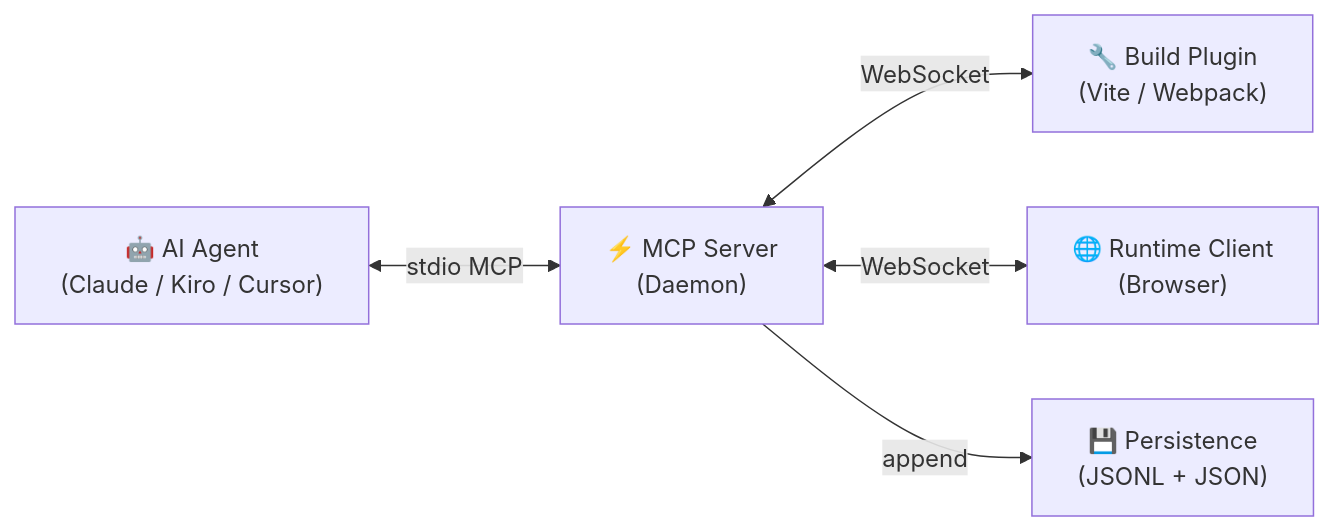
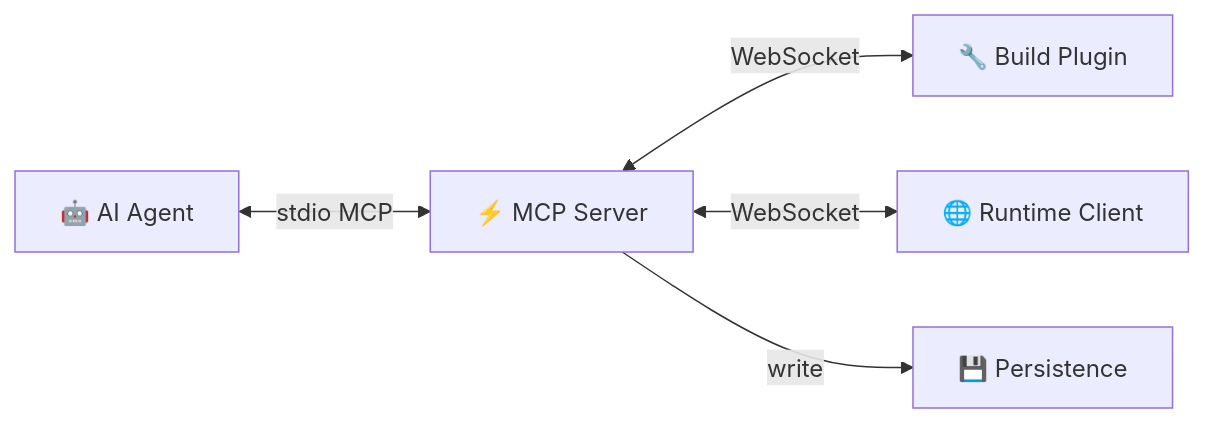
One commit to Morphicai/harness-fe changed the diagram in ARCHITECTURE.md. Above: the diagram before and after it, drawn with Mermaid. The commit also changed other lines of this file, not shown here.

Commit message:
docs: rewrite ARCHITECTURE.md — concise design direction, remove implementation details

````diff
--- a/ARCHITECTURE.md
+++ b/ARCHITECTURE.md
@@ -7,13 +7,13 @@
 ```mermaid
 graph LR
-    Agent["🤖 AI Agent<br/>(Claude / Kiro / Cursor)"]
-    MCP["⚡ MCP Server<br/>(Daemon)"]
-    Plugin["🔧 Build Plugin<br/>(Vite / Webpack)"]
-    Runtime["🌐 Runtime Client<br/>(Browser)"]
-    Store["💾 Persistence<br/>(JSONL + JSON)"]
+    Agent["🤖 AI Agent"]
+    MCP["⚡ MCP Server"]
+    Plugin["🔧 Build Plugin"]
+    Runtime["🌐 Runtime Client"]
+    Store["💾 Persistence"]
 
     Agent <-->|stdio MCP| MCP
     MCP <-->|WebSocket| Plugin
     MCP <-->|WebSocket| Runtime
-    MCP -->|append| Store
+    MCP -->|write| Store
 ```
````
